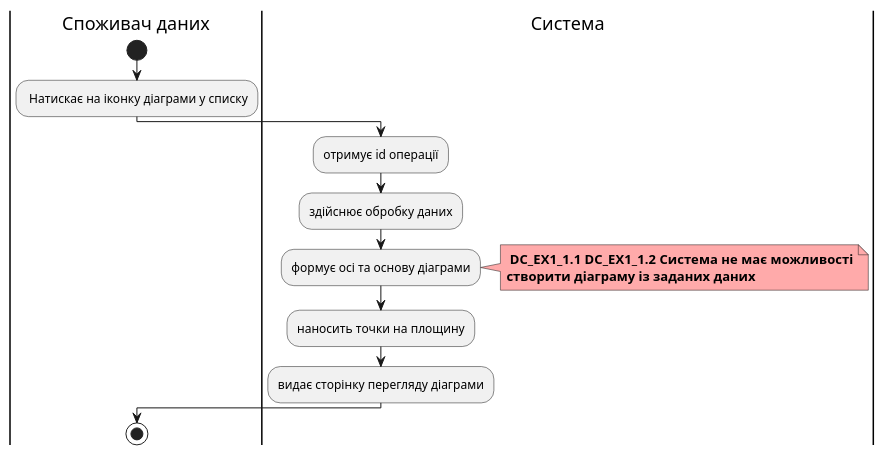
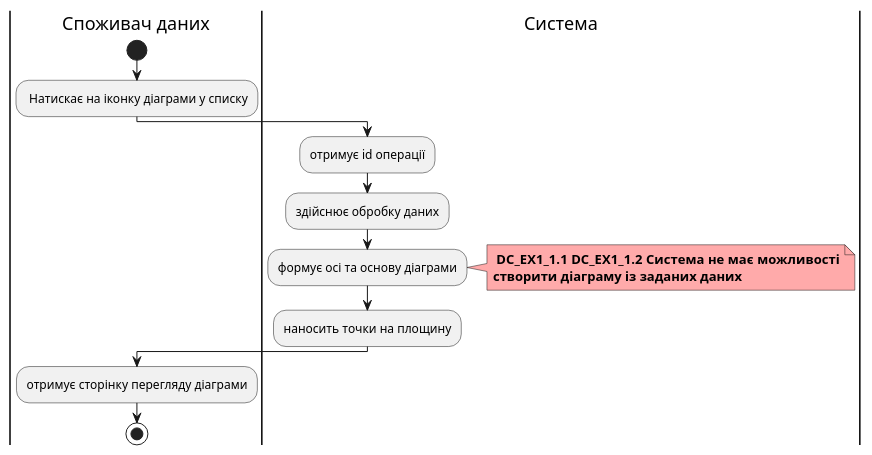
Before and after one commit to boldak/edu-db-cw: the second of 5 diagrams in docs/use cases/DataConsumer.md, drawn with PlantUML. The commit also changed other lines of this file and 2 other files, not shown here.

Commit message:
files added to main readme file, all diagrams together, diagrams arrows fixed

```diff
--- a/docs/use cases/DataConsumer.md
+++ b/docs/use cases/DataConsumer.md
@@ -80,19 +75,19 @@
 @startuml
 
     |Споживач даних|
         start
         : Натискає на іконку діаграми у списку;
     |Система|
         :отримує id операції;
         :здійснює обробку даних;
         :формує осі та основу діаграми;
         note right #ffaaaa
         <b> DС_EX1_1.1  DС_EX1_1.2 Система не має можливості
         <b>створити діаграму із заданих даних
         end note
         :наносить точки на площину;
-        :видає сторінку перегляду діаграми;
     |Споживач даних|
+        :отримує сторінку перегляду діаграми;
         stop;
 
 @enduml
```
